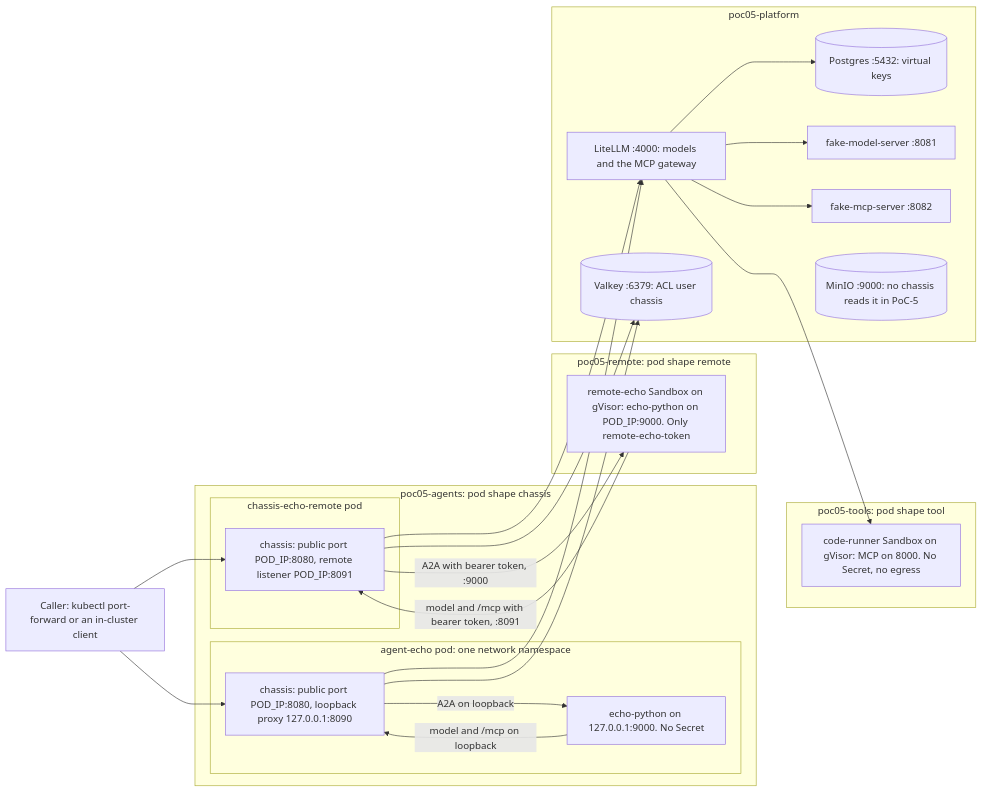
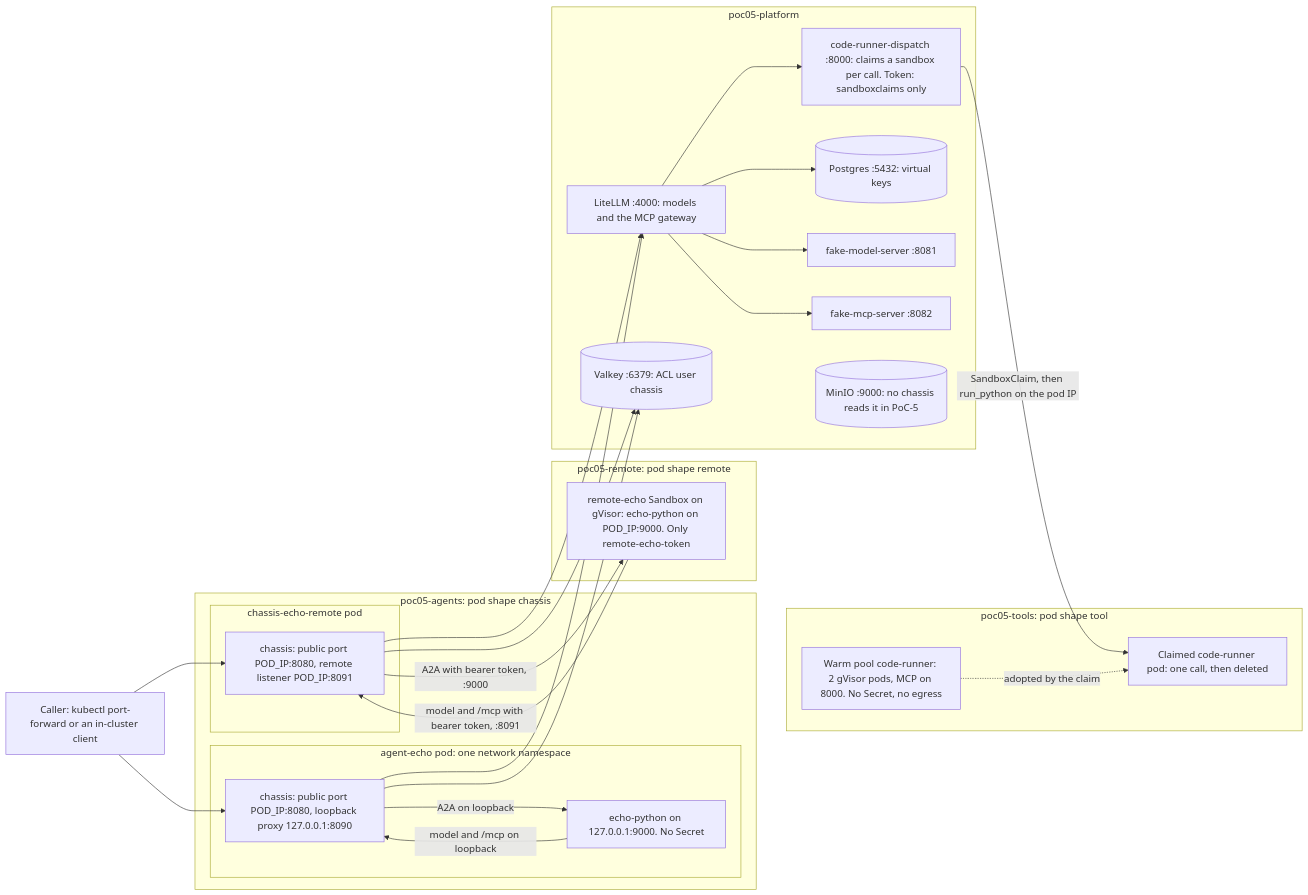
One commit to odere-pro/agent-playground changed the first of 6 diagrams in docs/guides/poc-05-how-it-works.md. Above: the diagram before and after it, drawn with Mermaid. The commit also changed other lines of this file and 9 other files, not shown here.

Commit message:
docs(poc-05): per-call sandbox, blind spots, T30 package docs

````diff
--- a/docs/guides/poc-05-how-it-works.md
+++ b/docs/guides/poc-05-how-it-works.md
@@ -28,41 +29,45 @@
 ```mermaid
 flowchart LR
     caller["Caller: kubectl port-forward or an in-cluster client"]
     subgraph agents["poc05-agents: pod shape chassis"]
         subgraph sidecarPod["agent-echo pod: one network namespace"]
             chS["chassis: public port POD_IP:8080, loopback proxy 127.0.0.1:8090"]
             wS["echo-python on 127.0.0.1:9000. No Secret"]
         end
         subgraph remoteChassisPod["chassis-echo-remote pod"]
             chR["chassis: public port POD_IP:8080, remote listener POD_IP:8091"]
         end
     end
     subgraph remoteNs["poc05-remote: pod shape remote"]
         wR["remote-echo Sandbox on gVisor: echo-python on POD_IP:9000. Only remote-echo-token"]
     end
     subgraph tools["poc05-tools: pod shape tool"]
-        cr["code-runner Sandbox on gVisor: MCP on 8000. No Secret, no egress"]
+        pool["Warm pool code-runner: 2 gVisor pods, MCP on 8000. No Secret, no egress"]
+        cr["Claimed code-runner pod: one call, then deleted"]
     end
     subgraph platform["poc05-platform"]
         litellm["LiteLLM :4000: models and the MCP gateway"]
+        dispatch["code-runner-dispatch :8000: claims a sandbox per call. Token: sandboxclaims only"]
         pg[("Postgres :5432: virtual keys")]
         valkey[("Valkey :6379: ACL user chassis")]
         fms["fake-model-server :8081"]
         fmcp["fake-mcp-server :8082"]
         minio[("MinIO :9000: no chassis reads it in PoC-5")]
     end
     caller --> chS
     caller --> chR
     chS -- "A2A on loopback" --> wS
     wS -- "model and /mcp on loopback" --> chS
     chR -- "A2A with bearer token, :9000" --> wR
     wR -- "model and /mcp with bearer token, :8091" --> chR
     chS --> litellm
     chR --> litellm
     chS --> valkey
     chR --> valkey
     litellm --> pg
     litellm --> fms
     litellm --> fmcp
-    litellm --> cr
+    litellm --> dispatch
+    dispatch -- "SandboxClaim, then run_python on the pod IP" --> cr
+    pool -. "adopted by the claim" .-> cr
 ```
````
